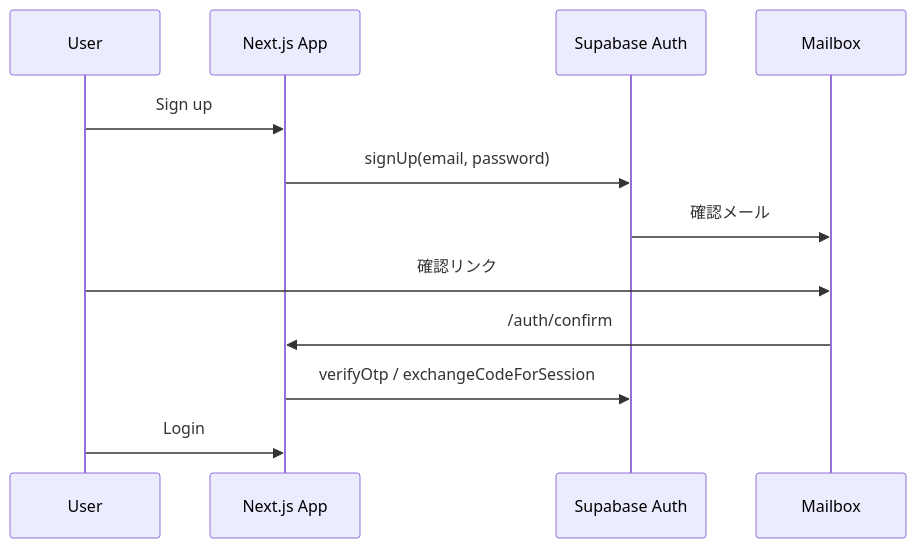
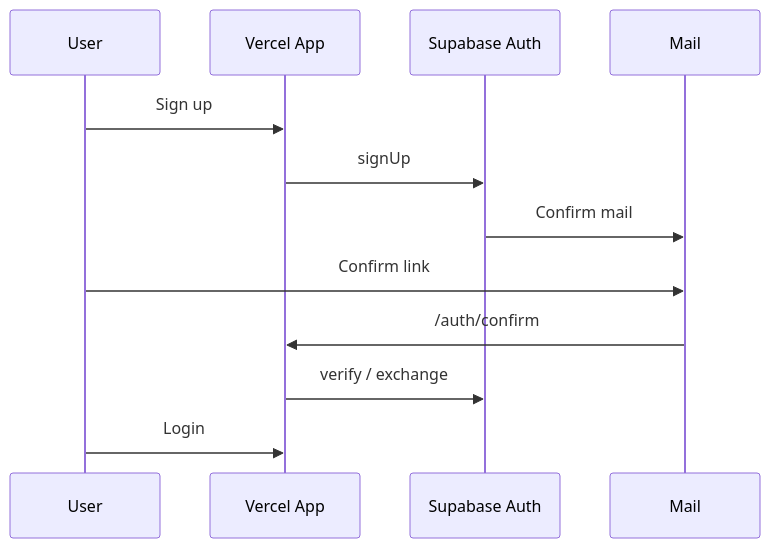
One commit to k-systems202208/nextjs-supabase-vercel-webapp-template changed the fourth of 4 diagrams in docs/SUPABASE-SETUP.md. Above: the diagram before and after it, drawn with Mermaid. The commit also changed other lines of this file and 8 other files, not shown here.

````diff
--- a/docs/SUPABASE-SETUP.md
+++ b/docs/SUPABASE-SETUP.md
@@ -237,14 +351,14 @@
 ```mermaid
 sequenceDiagram
     participant U as User
-    participant A as Next.js App
+    participant V as Vercel App
     participant S as Supabase Auth
-    participant M as Mailbox
-    U->>A: Sign up
-    A->>S: signUp(email, password)
-    S->>M: 確認メール
-    U->>M: 確認リンク
-    M->>A: /auth/confirm
-    A->>S: verifyOtp / exchangeCodeForSession
-    U->>A: Login
+    participant M as Mail
+    U->>V: Sign up
+    V->>S: signUp
+    S->>M: Confirm mail
+    U->>M: Confirm link
+    M->>V: /auth/confirm
+    V->>S: verify / exchange
+    U->>V: Login
 ```
````
